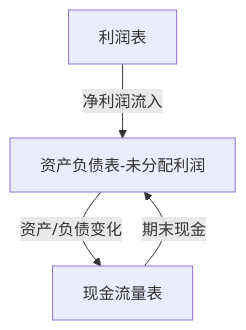
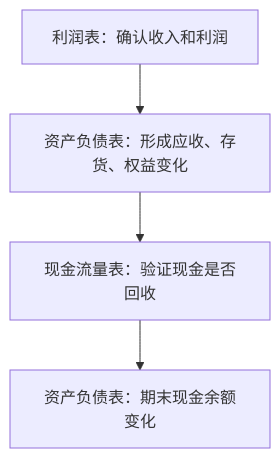
The diagram in quant-wiki-notes/入门教程/阶段二-看懂公司与市场/三张财务报表.md (Cthaat/Obsidian), drawn with Mermaid before and after one commit. The commit also changed other lines of this file and 3 other files, not shown here.

````diff
--- a/quant-wiki-notes/入门教程/阶段二-看懂公司与市场/三张财务报表.md
+++ b/quant-wiki-notes/入门教程/阶段二-看懂公司与市场/三张财务报表.md
@@ -89,6 +177,6 @@
 ```mermaid
 graph TD
-    A[利润表] -->|净利润流入| B[资产负债表-未分配利润]
-    C[现金流量表] -->|期末现金| B
-    B -->|资产/负债变化| C
+    A[利润表：确认收入和利润] --> B[资产负债表：形成应收、存货、权益变化]
+    B --> C[现金流量表：验证现金是否回收]
+    C --> D[资产负债表：期末现金余额变化]
 ```
````
